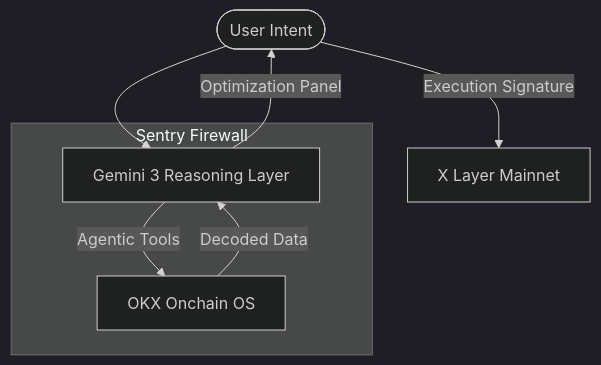
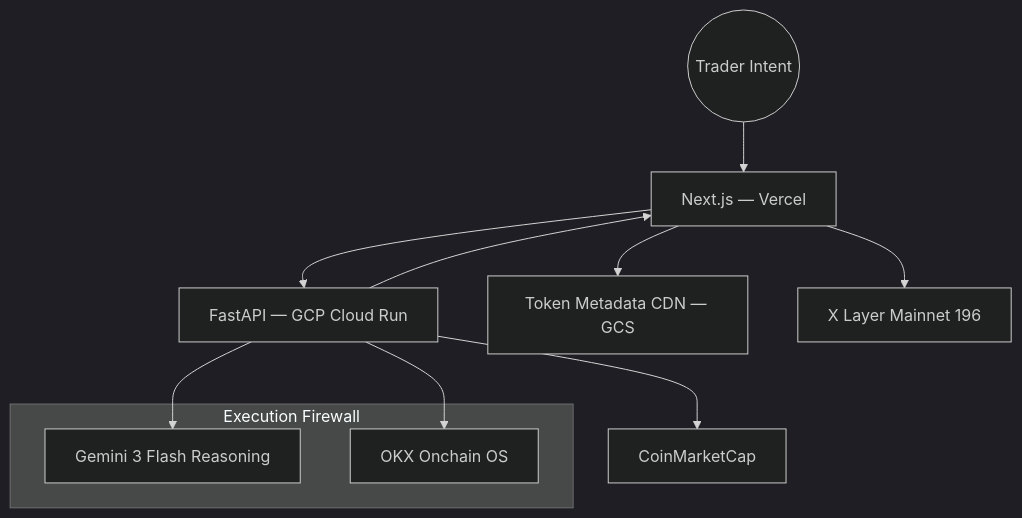
Before and after one commit to Zackmendel/nexus-sentry-v2: the diagram in README.md, drawn with Mermaid (dark theme). The commit also changed other lines of this file, not shown here.

Commit message:
docs: adjust status badge to reflect architectural priority (Brain Before Muscle)

````diff
--- a/README.md
+++ b/README.md
@@ -40,13 +51,18 @@
 ```mermaid
 graph TD
-    User([User Intent]) --> Gemini[Gemini 3 Reasoning Layer]
-    Gemini -->|Agentic Tools| OnchainOS[OKX Onchain OS]
-    OnchainOS -->|Decoded Data| Gemini
-    Gemini -->|Optimization Panel| User
-    User -->|Execution Signature| XLayer[X Layer Mainnet]
-    
-    subgraph Sentry Firewall
+    User((Trader Intent)) --> Frontend[Next.js — Vercel]
+    Frontend --> CloudAPI[FastAPI — GCP Cloud Run]
+    Frontend --> CDNCache[Token Metadata CDN — GCS]
+
+    CloudAPI --> Gemini[Gemini 3 Flash Reasoning]
+    CloudAPI --> OKX[OKX Onchain OS]
+    CloudAPI --> CMC[CoinMarketCap]
+
+    subgraph Execution Firewall
     Gemini
-    OnchainOS
+    OKX
     end
+
+    CloudAPI --> Frontend
+    Frontend --> XLayer[X Layer Mainnet 196]
 ```
````
